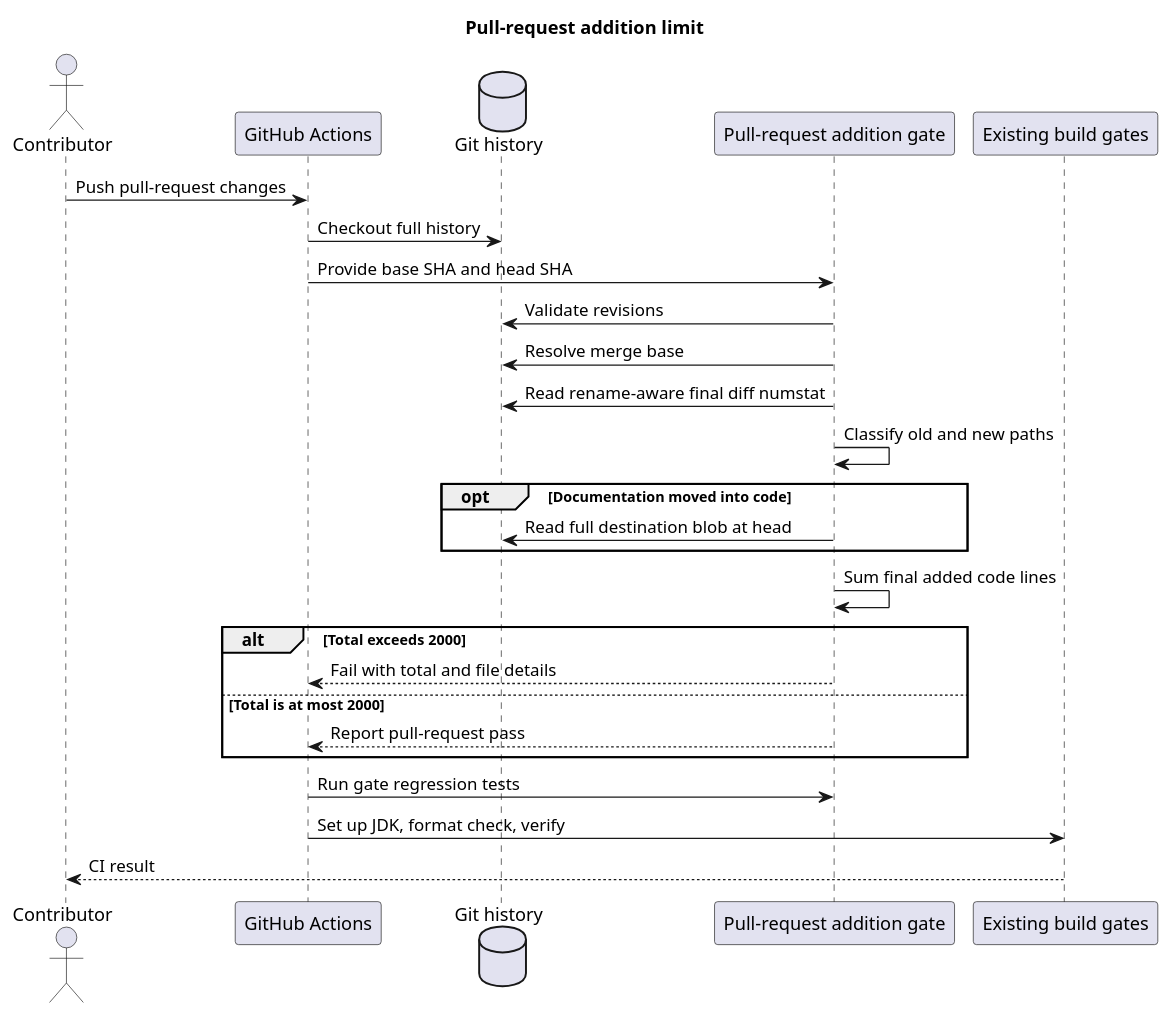
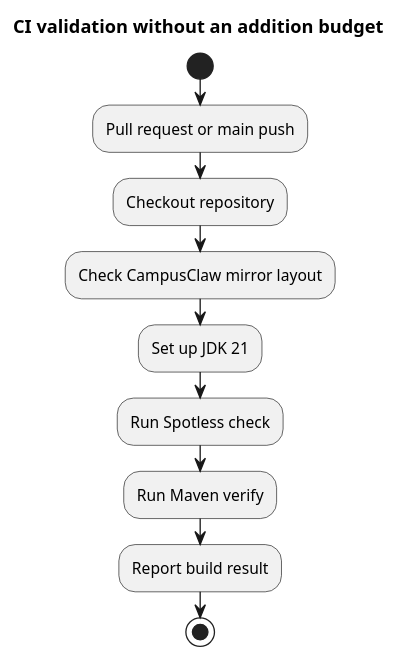
Before and after one commit to 2862282695gjh-afk/pi-mono-java: the diagram in docs/designs/commit-addition-limit/diagram.puml, drawn with PlantUML. The commit also changed 18 other files, not shown here.

```diff
--- a/docs/designs/commit-addition-limit/diagram.puml
+++ b/docs/designs/commit-addition-limit/diagram.puml
@@ -1,38 +1,18 @@
 @startuml commit_addition_limit
-' Pre-change source evidence: .github/workflows/ci.yml:3-24, scripts/check-commit-additions.sh:40-202, and scripts/tests/check-commit-additions-test.sh:109-116 at 2df1ffd0b15044221ea1facd43b0797f5cdbb098.
-' Reviewed implementation evidence: scripts/check-commit-additions.sh:53-132 and scripts/tests/check-commit-additions-test.sh:109-133 at e7b68fd5a1b9c4699d30635d06b9467f3b8bdf2f.
-' Observed behavior: CI enforced the 2000-line limit independently for each commit.
-' Product constraint: the final pull-request additions must not exceed 2000 code lines in total.
-' Architecture change: the gate measures one final diff from the merge base to the pull-request head.
-' Design reason: prevent commit splitting from bypassing the pull-request review-size limit.
-title Pull-request addition limit
+' Source evidence: .github/workflows/ci.yml:3-41, jobs.build.steps at 09b32d8ea4a4b43b34be302d8b2745bdc417c9a2.
+' Source evidence: scripts/check-commit-additions.sh:6,53-132, MAX_ADDED_LINES and check_pull_request at the same baseline.
+' Observed behavior: the baseline runs an addition gate before mirror layout and build checks.
+' Target architecture: remove the addition gate and its dedicated tests; preserve other CI steps.
+' Design reason: complete features and their tests should not be split solely to satisfy a line budget.
+title CI validation without an addition budget
 
-actor Contributor
-participant "GitHub Actions" as Actions
-database "Git history" as Git
-participant "Pull-request addition gate" as Gate
-participant "Existing build gates" as Build
-
-Contributor -> Actions: Push pull-request changes
-Actions -> Git: Checkout full history
-Actions -> Gate: Provide base SHA and head SHA
-Gate -> Git: Validate revisions
-Gate -> Git: Resolve merge base
-Gate -> Git: Read rename-aware final diff numstat
-Gate -> Gate: Classify old and new paths
-
-opt Documentation moved into code
-  Gate -> Git: Read full destination blob at head
-end
-
-Gate -> Gate: Sum final added code lines
-alt Total exceeds 2000
-  Gate --> Actions: Fail with total and file details
-else Total is at most 2000
-  Gate --> Actions: Report pull-request pass
-end
-
-Actions -> Gate: Run gate regression tests
-Actions -> Build: Set up JDK, format check, verify
-Build --> Contributor: CI result
+start
+:Pull request or main push;
+:Checkout repository;
+:Check CampusClaw mirror layout;
+:Set up JDK 21;
+:Run Spotless check;
+:Run Maven verify;
+:Report build result;
+stop
 @enduml
```
